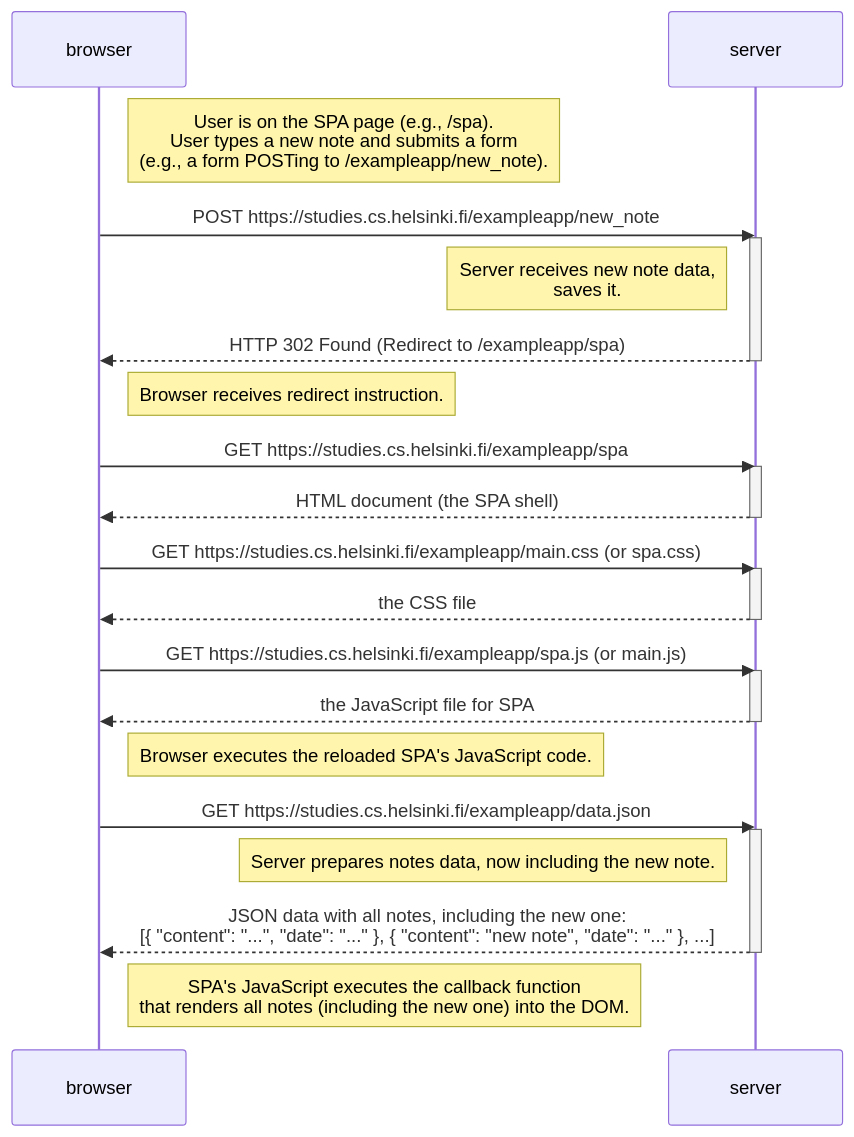
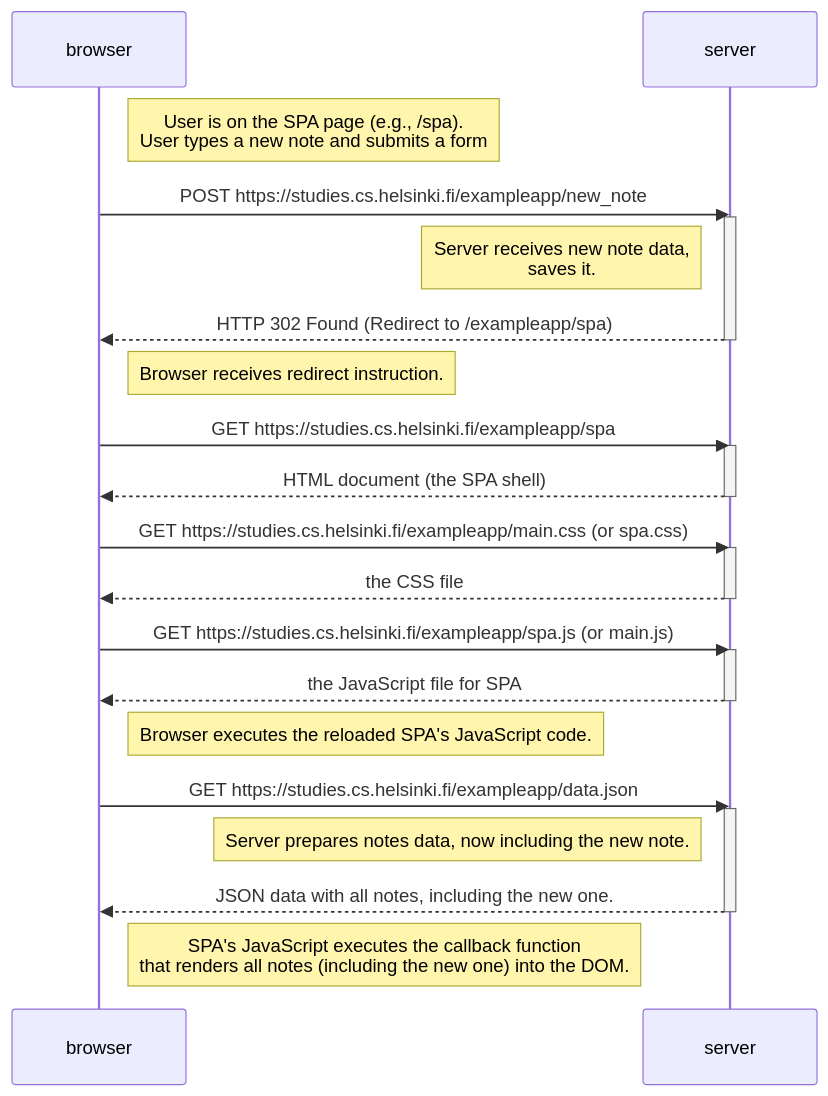
The diagram in part0/exercise_0.6.mmd (chinardankhara/fso-exercises), drawn with Mermaid before and after one commit.

```diff
--- a/part0/exercise_0.6.mmd
+++ b/part0/exercise_0.6.mmd
@@ -1,38 +1,38 @@
 sequenceDiagram
     participant browser
     participant server
 
-    Note right of browser: User is on the SPA page (e.g., /spa).<br/>User types a new note and submits a form<br/>(e.g., a form POSTing to /exampleapp/new_note).
+    Note right of browser: User is on the SPA page (e.g., /spa).<br/>User types a new note and submits a form
 
     browser->>server: POST https://studies.cs.helsinki.fi/exampleapp/new_note
     activate server
     Note left of server: Server receives new note data,<br/>saves it.
     server-->>browser: HTTP 302 Found (Redirect to /exampleapp/spa)
     deactivate server
 
     Note right of browser: Browser receives redirect instruction.
 
     browser->>server: GET https://studies.cs.helsinki.fi/exampleapp/spa
     activate server
     server-->>browser: HTML document (the SPA shell)
     deactivate server
 
     browser->>server: GET https://studies.cs.helsinki.fi/exampleapp/main.css (or spa.css)
     activate server
     server-->>browser: the CSS file
     deactivate server
 
     browser->>server: GET https://studies.cs.helsinki.fi/exampleapp/spa.js (or main.js)
     activate server
     server-->>browser: the JavaScript file for SPA
     deactivate server
 
     Note right of browser: Browser executes the reloaded SPA's JavaScript code.
 
     browser->>server: GET https://studies.cs.helsinki.fi/exampleapp/data.json
     activate server
     Note left of server: Server prepares notes data, now including the new note.
-    server-->>browser: JSON data with all notes, including the new one:<br/>[{ "content": "...", "date": "..." }, { "content": "new note", "date": "..." }, ...]
+    server-->>browser: JSON data with all notes, including the new one.
     deactivate server
 
     Note right of browser: SPA's JavaScript executes the callback function<br/>that renders all notes (including the new one) into the DOM.
```
